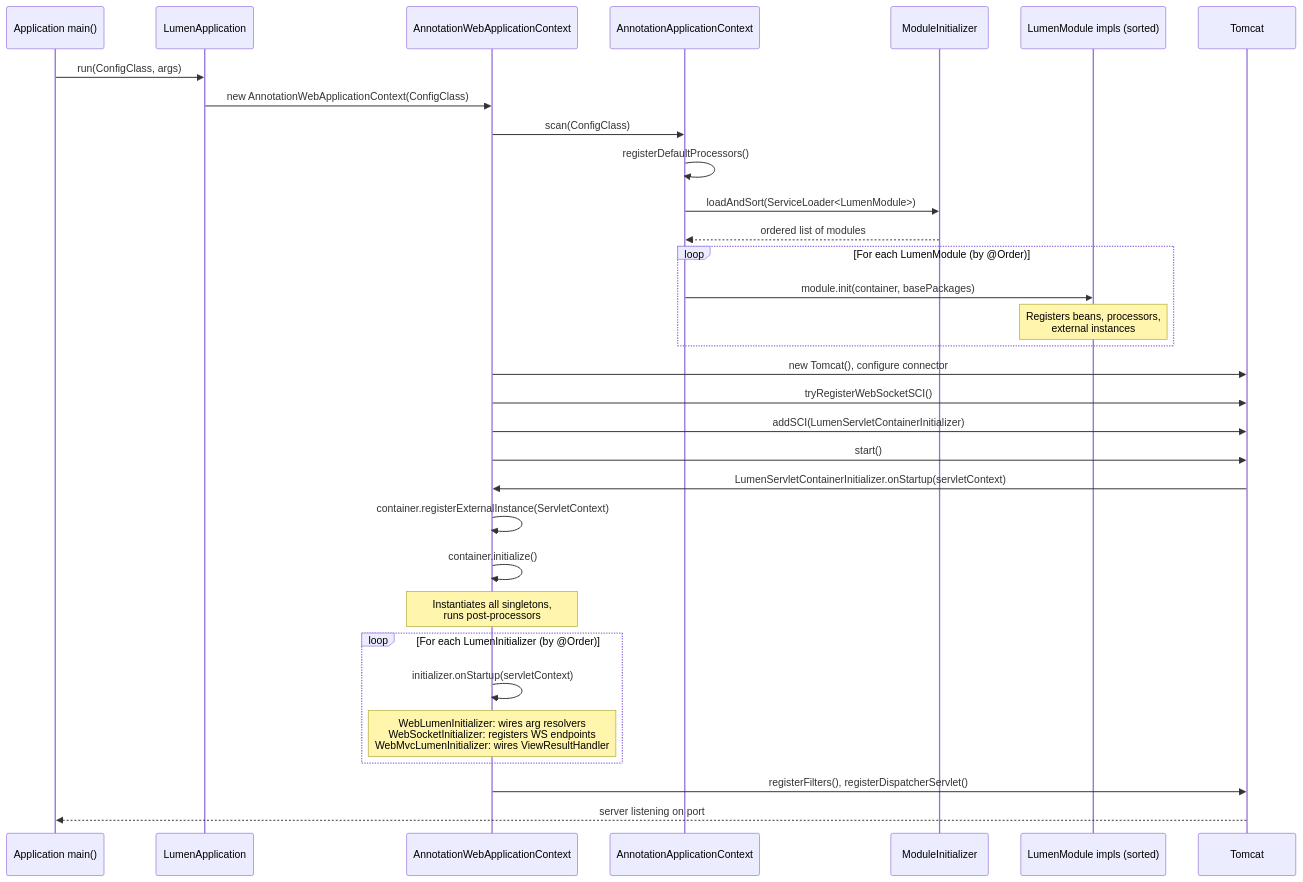
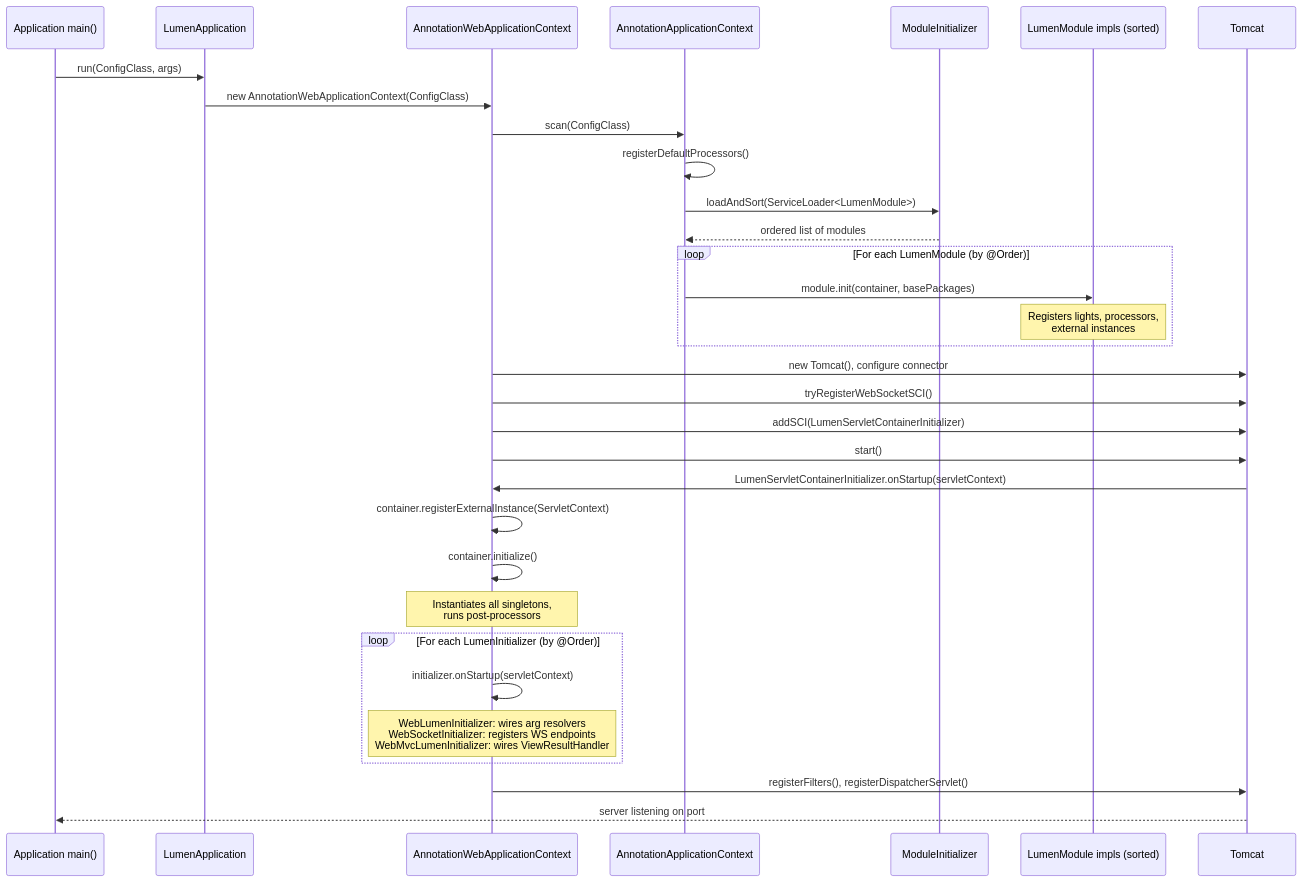
The second of 4 diagrams in docs/architecture.md (davidstefanovic98/lumen), drawn with Mermaid before and after one commit. The commit also changed other lines of this file and 21 other files, not shown here.

````diff
--- a/docs/architecture.md
+++ b/docs/architecture.md
@@ -258,40 +259,40 @@
 ```mermaid
 sequenceDiagram
     participant App as Application main()
     participant LA as LumenApplication
     participant AWA as AnnotationWebApplicationContext
     participant AAC as AnnotationApplicationContext
     participant MI as ModuleInitializer
     participant Mods as LumenModule impls (sorted)
     participant TC as Tomcat
 
     App->>LA: run(ConfigClass, args)
     LA->>AWA: new AnnotationWebApplicationContext(ConfigClass)
     AWA->>AAC: scan(ConfigClass)
     AAC->>AAC: registerDefaultProcessors()
     AAC->>MI: loadAndSort(ServiceLoader<LumenModule>)
     MI-->>AAC: ordered list of modules
 
     loop For each LumenModule (by @Order)
         AAC->>Mods: module.init(container, basePackages)
-        Note over Mods: Registers beans, processors,<br/>external instances
+        Note over Mods: Registers lights, processors,<br/>external instances
     end
 
     AWA->>TC: new Tomcat(), configure connector
     AWA->>TC: tryRegisterWebSocketSCI()
     AWA->>TC: addSCI(LumenServletContainerInitializer)
     AWA->>TC: start()
 
     TC->>AWA: LumenServletContainerInitializer.onStartup(servletContext)
     AWA->>AWA: container.registerExternalInstance(ServletContext)
     AWA->>AWA: container.initialize()
     Note over AWA: Instantiates all singletons,<br/>runs post-processors
 
     loop For each LumenInitializer (by @Order)
         AWA->>AWA: initializer.onStartup(servletContext)
         Note over AWA: WebLumenInitializer: wires arg resolvers<br/>WebSocketInitializer: registers WS endpoints<br/>WebMvcLumenInitializer: wires ViewResultHandler
     end
 
     AWA->>TC: registerFilters(), registerDispatcherServlet()
     TC-->>App: server listening on port
 ```
````
